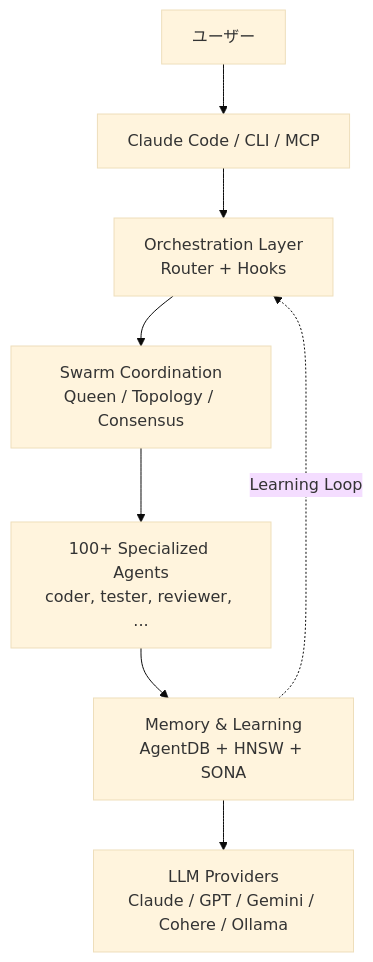
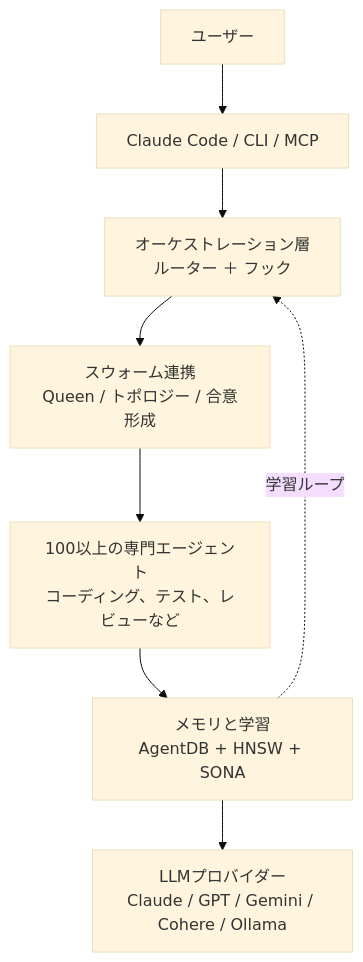
One commit to roboco-io/roboco-io.github.io changed the first of 2 diagrams in content/ja/posts/ruflo-claude-code-multi-agent-orchestration.md. Above: the diagram before and after it, drawn with Mermaid (base theme). The commit also changed other lines of this file and 23 other files, not shown here.

Commit message:
content: localize translated images and Japanese Mermaid diagrams

````diff
--- a/content/ja/posts/ruflo-claude-code-multi-agent-orchestration.md
+++ b/content/ja/posts/ruflo-claude-code-multi-agent-orchestration.md
@@ -59,18 +59,18 @@
 ```mermaid
 flowchart TD
     User[ユーザー]
     CC["Claude Code / CLI / MCP"]
-    Orch["Orchestration Layer<br/>Router + Hooks"]
-    Swarm["Swarm Coordination<br/>Queen / Topology / Consensus"]
-    Agents["100+ Specialized Agents<br/>coder, tester, reviewer, ..."]
-    Mem["Memory & Learning<br/>AgentDB + HNSW + SONA"]
-    LLM["LLM Providers<br/>Claude / GPT / Gemini / Cohere / Ollama"]
+    Orch["オーケストレーション層<br/>ルーター ＋ フック"]
+    Swarm["スウォーム連携<br/>Queen / トポロジー / 合意形成"]
+    Agents["100以上の専門エージェント<br/>コーディング、テスト、レビューなど"]
+    Mem["メモリと学習<br/>AgentDB + HNSW + SONA"]
+    LLM["LLMプロバイダー<br/>Claude / GPT / Gemini / Cohere / Ollama"]
 
     User --> CC
     CC --> Orch
     Orch --> Swarm
     Swarm --> Agents
     Agents --> Mem
     Mem --> LLM
-    Mem -. Learning Loop .-> Orch
+    Mem -. 学習ループ .-> Orch
 ```
````
